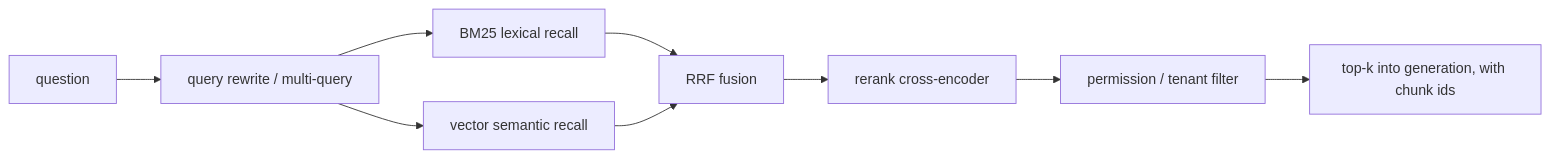
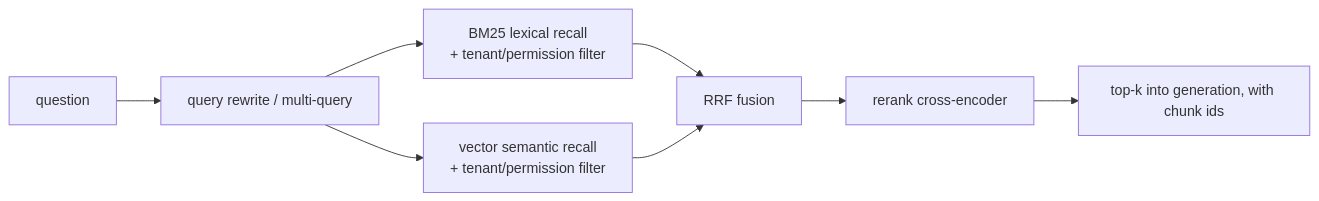
The diagram in docs/tech/04-grounding/advanced-retrieval.md (zenHeart/learn-ai), drawn with Mermaid before and after one commit. The commit also changed other lines of this file and 67 other files, not shown here.

````diff
--- a/docs/tech/04-grounding/advanced-retrieval.md
+++ b/docs/tech/04-grounding/advanced-retrieval.md
@@ -43,11 +43,10 @@
 ```mermaid
 flowchart LR
     Q[question] --> W[query rewrite / multi-query]
-    W --> B[BM25 lexical recall]
-    W --> V[vector semantic recall]
+    W --> B[BM25 lexical recall<br/>+ tenant/permission filter]
+    W --> V[vector semantic recall<br/>+ tenant/permission filter]
     B --> F[RRF fusion]
     V --> F
     F --> R[rerank cross-encoder]
-    R --> ACL[permission / tenant filter]
-    ACL --> G[top-k into generation, with chunk ids]
+    R --> G[top-k into generation, with chunk ids]
 ```
````
